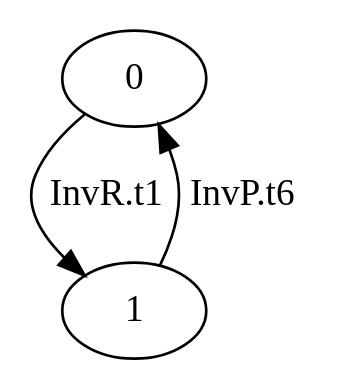
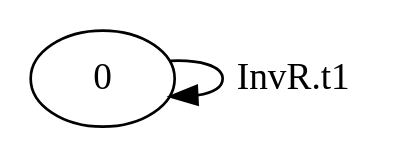
One commit to nsrosa70/midarch-go-v13 changed the diagram in src/cspspecs/SenderReceiver_EE/EE.dot. Above: the diagram before and after it, drawn with Graphviz. The commit also changed 42 other files, not shown here.

```diff
--- a/src/cspspecs/SenderReceiver_EE/EE.dot
+++ b/src/cspspecs/SenderReceiver_EE/EE.dot
@@ -1,4 +1,3 @@
 digraph G {
-  0 -> 1 [ label="InvR.t1" ];
-  1 -> 0 [ label="InvP.t6" ];
+  0 -> 0 [ label="InvR.t1" ];
 }
```
